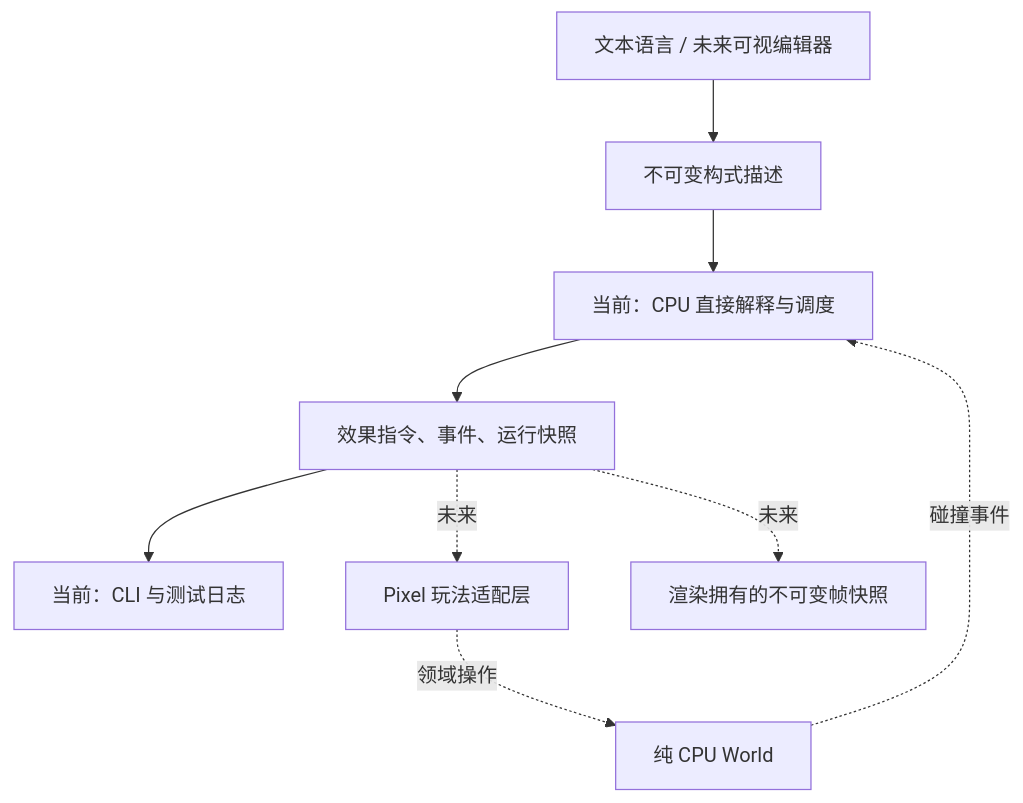
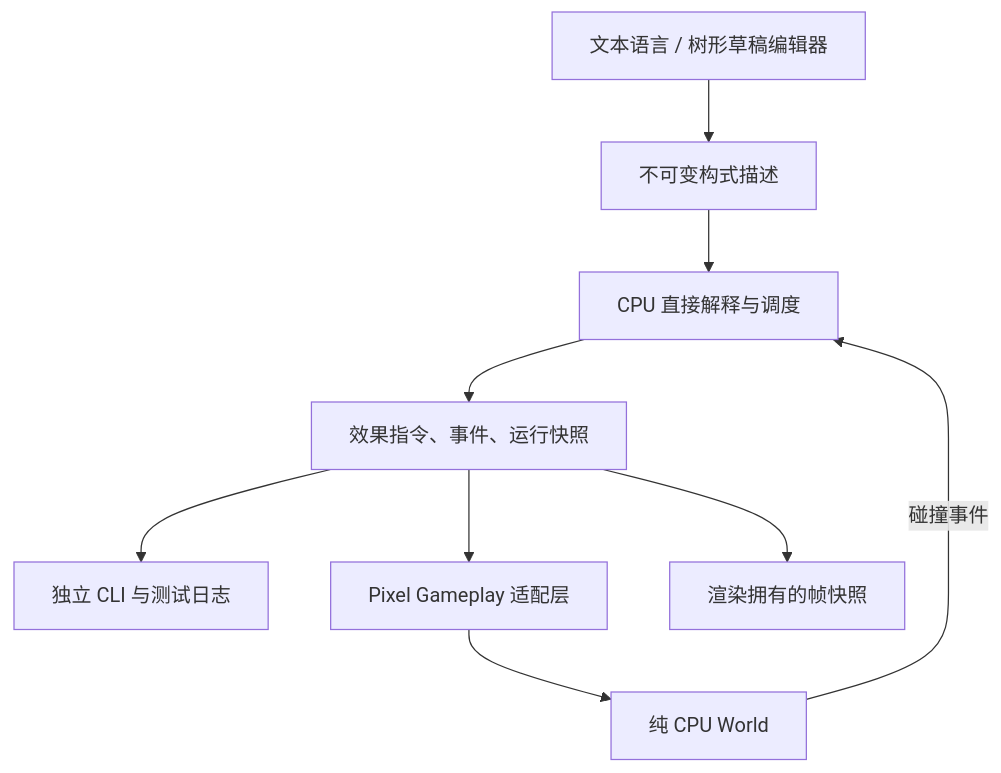
Before and after one commit to opubear/AxiomPixel: the diagram in .awtcontext/GlobalDoc/FormulaSystem.md, drawn with Mermaid. The commit also changed other lines of this file and 12 other files, not shown here.

````diff
--- a/.awtcontext/GlobalDoc/FormulaSystem.md
+++ b/.awtcontext/GlobalDoc/FormulaSystem.md
@@ -66,11 +68,11 @@
 ```mermaid
 flowchart TD
-    Input["文本语言 / 未来可视编辑器"] --> Desc["不可变构式描述"]
-    Desc --> Runtime["当前：CPU 直接解释与调度"]
+    Input["文本语言 / 树形草稿编辑器"] --> Desc["不可变构式描述"]
+    Desc --> Runtime["CPU 直接解释与调度"]
     Runtime --> Commands["效果指令、事件、运行快照"]
-    Commands --> Trace["当前：CLI 与测试日志"]
-    Commands -.未来.-> Adapter["Pixel 玩法适配层"]
-    Adapter -.领域操作.-> World["纯 CPU World"]
-    World -.碰撞事件.-> Runtime
-    Commands -.未来.-> Presentation["渲染拥有的不可变帧快照"]
+    Commands --> Trace["独立 CLI 与测试日志"]
+    Commands --> Adapter["Pixel Gameplay 适配层"]
+    Adapter --> World["纯 CPU World"]
+    World -->|碰撞事件| Runtime
+    Commands --> Presentation["渲染拥有的帧快照"]
 ```
````
